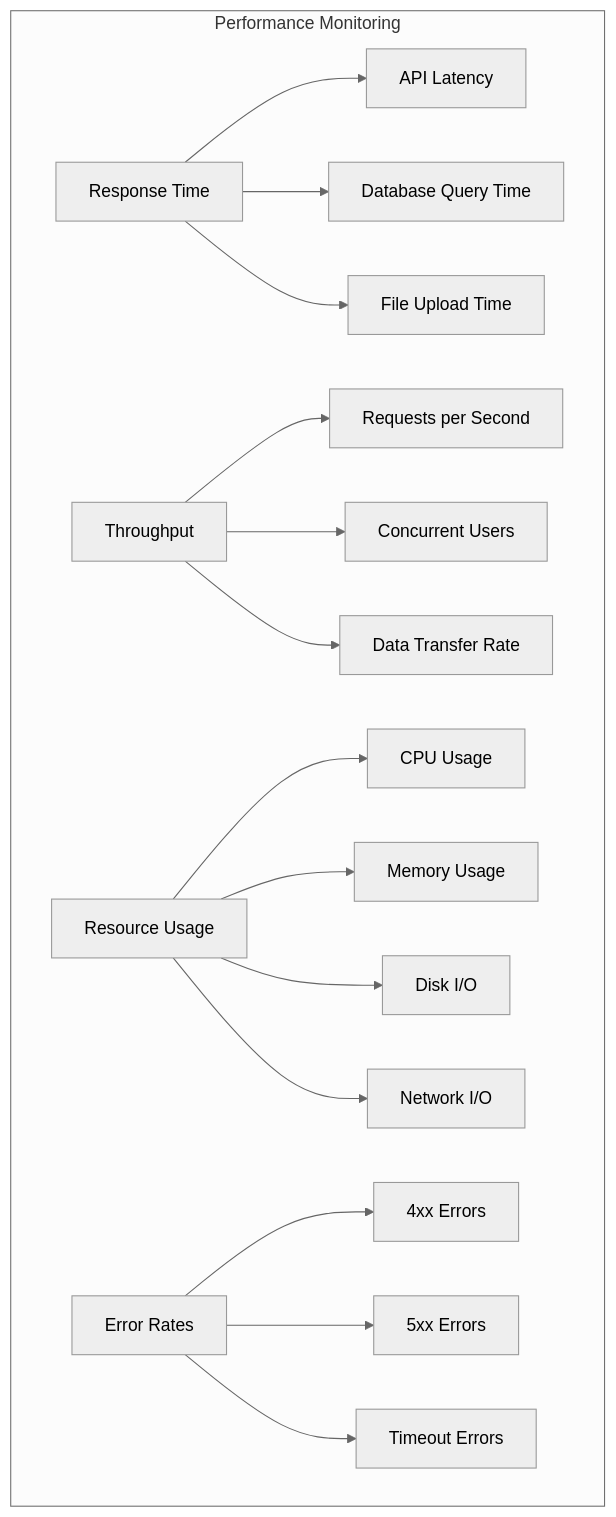
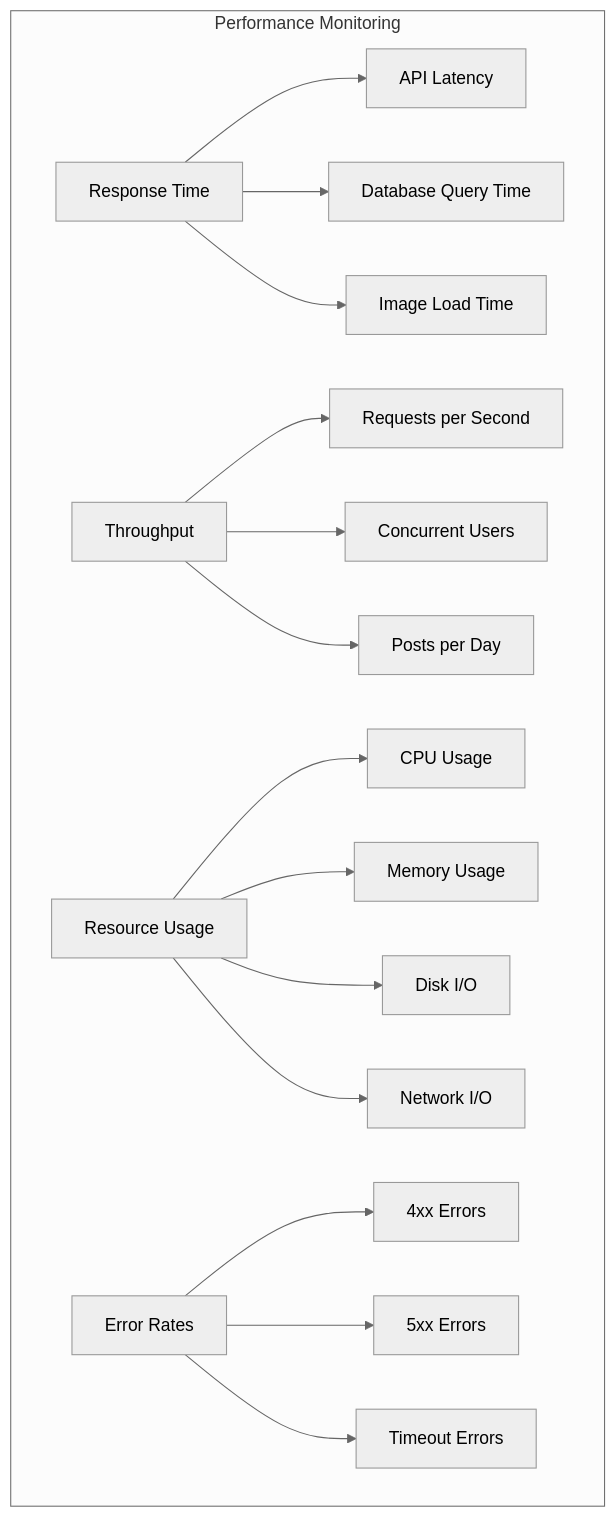
Before and after one commit to Dragon745/Content-Management-System: diagram 13 of 16 in SRS.md, drawn with Mermaid (neutral theme). The commit also changed other lines of this file and 1 other file, not shown here.

````diff
--- a/SRS.md
+++ b/SRS.md
@@ -604,21 +572,21 @@
 ```mermaid
 graph TB
     subgraph "Performance Monitoring"
         A[Response Time] --> A1[API Latency]
         A --> A2[Database Query Time]
-        A --> A3[File Upload Time]
+        A --> A3[Image Load Time]
 
         B[Throughput] --> B1[Requests per Second]
         B --> B2[Concurrent Users]
-        B --> B3[Data Transfer Rate]
+        B --> B3[Posts per Day]
 
         C[Resource Usage] --> C1[CPU Usage]
         C --> C2[Memory Usage]
         C --> C3[Disk I/O]
         C --> C4[Network I/O]
 
         D[Error Rates] --> D1[4xx Errors]
         D --> D2[5xx Errors]
         D --> D3[Timeout Errors]
     end
 ```
````
